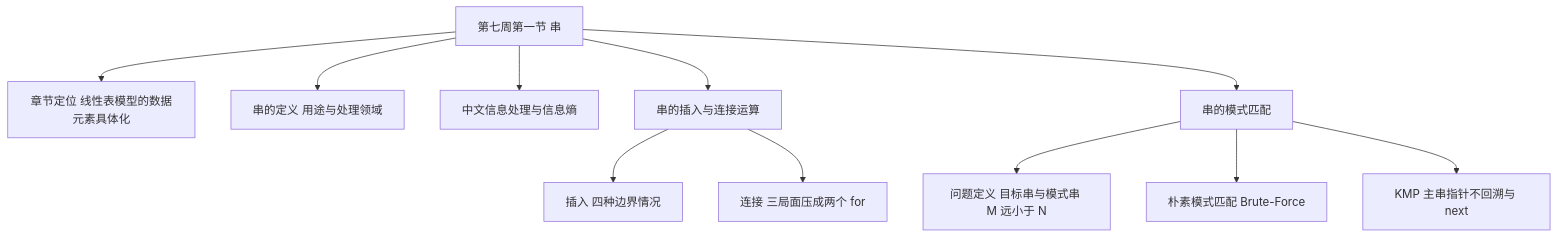
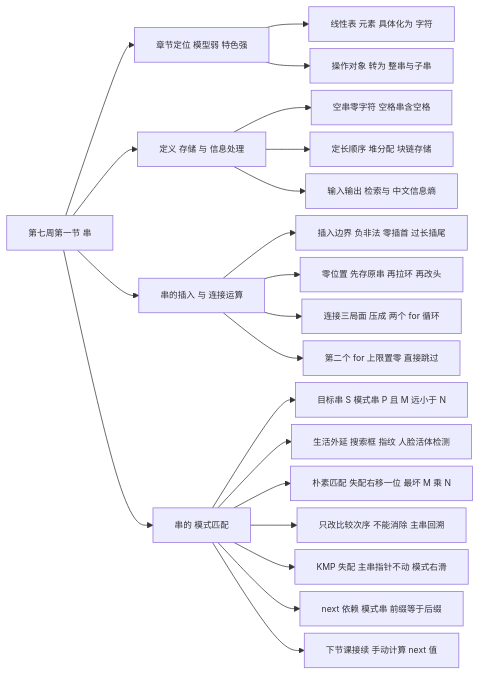
One commit to gududewangzhe/data-structures-notes changed the diagram in 数据结构 第七周第一节 串 详细版讲义.md. Above: the diagram before and after it, drawn with Mermaid. The commit also changed other lines of this file and 58 other files, not shown here.

First line of the commit message:
按节次重整全部讲义并统一插图与体例

````diff
--- a/数据结构 第七周第一节 串 详细版讲义.md
+++ b/数据结构 第七周第一节 串 详细版讲义.md
@@ -48,14 +48,25 @@
 ```mermaid
-flowchart TD
+%%{init: {"flowchart": {"nodeSpacing": 10, "rankSpacing": 30, "curve": "basis"}, "themeVariables": {"fontSize": "12px"}}}%%
+flowchart LR
     ROOT["第七周第一节 串"]
-    ROOT --> A["章节定位 线性表模型的数据元素具体化"]
-    ROOT --> B["串的定义 用途与处理领域"]
-    ROOT --> C["中文信息处理与信息熵"]
-    ROOT --> D["串的插入与连接运算"]
-    ROOT --> E["串的模式匹配"]
-    D --> D1["插入 四种边界情况"]
-    D --> D2["连接 三局面压成两个 for"]
-    E --> E1["问题定义 目标串与模式串 M 远小于 N"]
-    E --> E2["朴素模式匹配 Brute-Force"]
-    E --> E3["KMP 主串指针不回溯与 next"]
+    ROOT --> A["章节定位 模型弱 特色强"]
+    ROOT --> B["定义 存储 与 信息处理"]
+    ROOT --> C["串的插入 与 连接运算"]
+    ROOT --> D["串的 模式匹配"]
+    A --> A1["线性表 元素 具体化为 字符"]
+    A --> A2["操作对象 转为 整串与子串"]
+    B --> B1["空串零字符 空格串含空格"]
+    B --> B2["定长顺序 堆分配 块链存储"]
+    B --> B3["输入输出 检索与 中文信息熵"]
+    C --> C1["插入边界 负非法 零插首 过长插尾"]
+    C --> C2["零位置 先存原串 再拉环 再改头"]
+    C --> C3["连接三局面 压成 两个 for 循环"]
+    C --> C4["第二个 for 上限置零 直接跳过"]
+    D --> D1["目标串 S 模式串 P 且 M 远小于 N"]
+    D --> D2["生活外延 搜索框 指纹 人脸活体检测"]
+    D --> D3["朴素匹配 失配右移一位 最坏 M 乘 N"]
+    D --> D4["只改比较次序 不能消除 主串回溯"]
+    D --> D5["KMP 失配 主串指针不动 模式右滑"]
+    D --> D6["next 依赖 模式串 前缀等于后缀"]
+    D --> D7["下节课接续 手动计算 next 值"]
 ```
````
